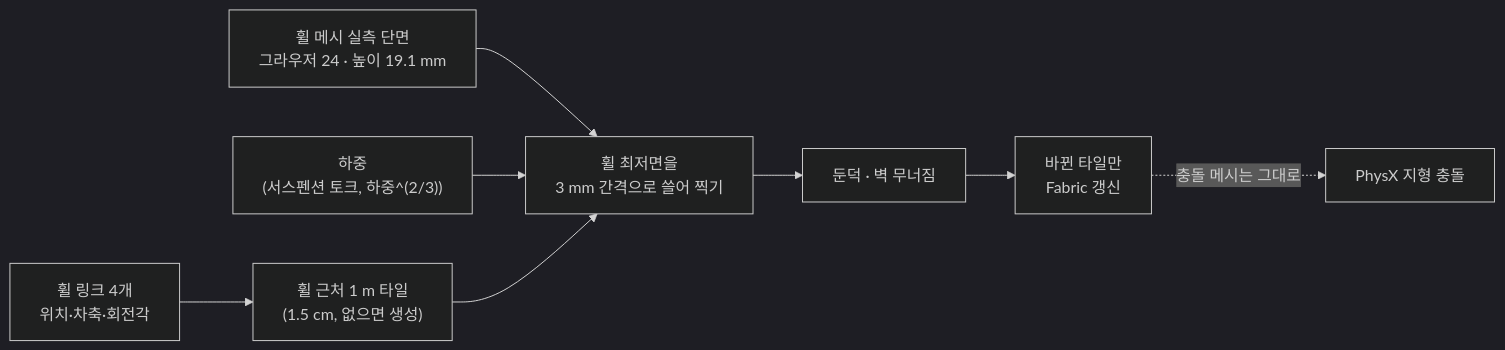
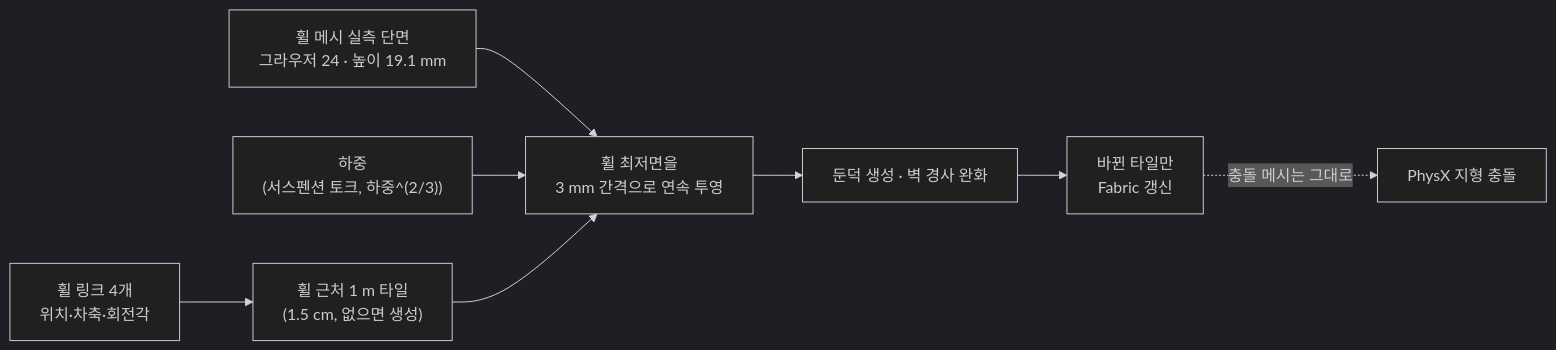
The second of 2 diagrams in homepage-src/docs/projects/l-project-deformation.md (parclab-hsu/parclab-hsu.github.io), drawn with Mermaid (dark theme) before and after one commit. The commit also changed other lines of this file, not shown here.

````diff
--- a/homepage-src/docs/projects/l-project-deformation.md
+++ b/homepage-src/docs/projects/l-project-deformation.md
@@ -648,10 +658,10 @@
 ``` mermaid
 flowchart LR
     A["휠 링크 4개<br/>위치·차축·회전각"] --> C["휠 근처 1 m 타일<br/>(1.5 cm, 없으면 생성)"]
-    P["휠 메시 실측 단면<br/>그라우저 24 · 높이 19.1 mm"] --> D["휠 최저면을<br/>3 mm 간격으로 쓸어 찍기"]
+    P["휠 메시 실측 단면<br/>그라우저 24 · 높이 19.1 mm"] --> D["휠 최저면을<br/>3 mm 간격으로 연속 투영"]
     B["하중<br/>(서스펜션 토크, 하중^(2/3))"] --> D
     C --> D
-    D --> E["둔덕 · 벽 무너짐"]
+    D --> E["둔덕 생성 · 벽 경사 완화"]
     E --> F["바뀐 타일만<br/>Fabric 갱신"]
     F -.->|"충돌 메시는 그대로"| G["PhysX 지형 충돌"]
 ```
````
